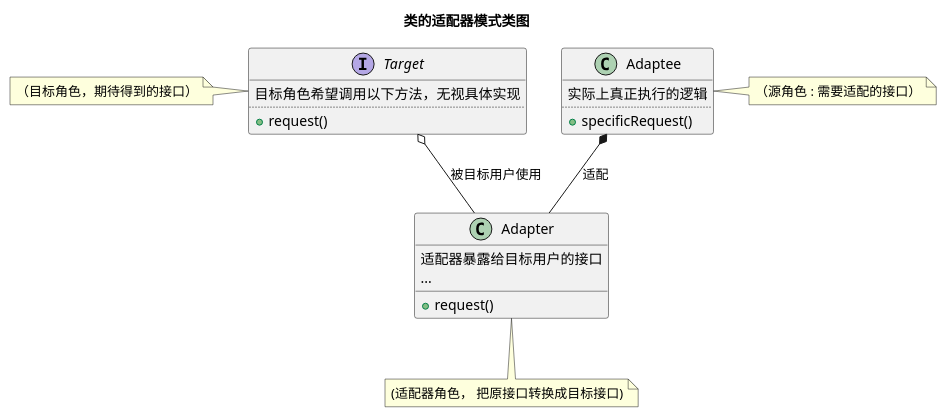
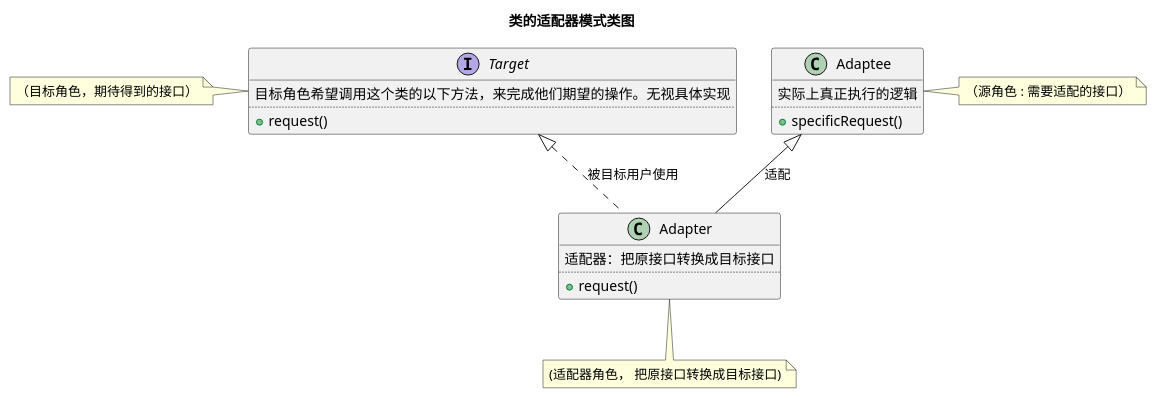
One commit to caoyali/BooksCodeDemo changed the first of 2 diagrams in 23Pattern/app/src/main/java/com/example/pattern/Adapter/adapterNote.md. Above: the diagram before and after it, drawn with PlantUML. The commit also changed other lines of this file and 8 other files, not shown here.

````diff
--- a/23Pattern/app/src/main/java/com/example/pattern/Adapter/adapterNote.md
+++ b/23Pattern/app/src/main/java/com/example/pattern/Adapter/adapterNote.md
@@ -10,26 +10,25 @@
 ```puml
 @startuml
 Title 类的适配器模式类图
 interface Target {
-    目标角色希望调用以下方法，无视具体实现
+    目标角色希望调用这个类的以下方法，来完成他们期望的操作。无视具体实现
     ..
     + request()
 }
 class Adaptee {
     实际上真正执行的逻辑
     ..
     + specificRequest()
 }
 class Adapter {
-    适配器暴露给目标用户的接口
-    ...
+    适配器：把原接口转换成目标接口
+    ..
     + request()
 }
 note left of Target : （目标角色，期待得到的接口）
 note right of Adaptee : （源角色 : 需要适配的接口）
 note bottom of Adapter : (适配器角色， 把原接口转换成目标接口)
-Adaptee *-- Adapter : 适配
-Target o-- Adapter : 被目标用户使用
-
+Adaptee <|-- Adapter : 适配
+Target <|.. Adapter : 被目标用户使用
 @enduml
 ```
````
